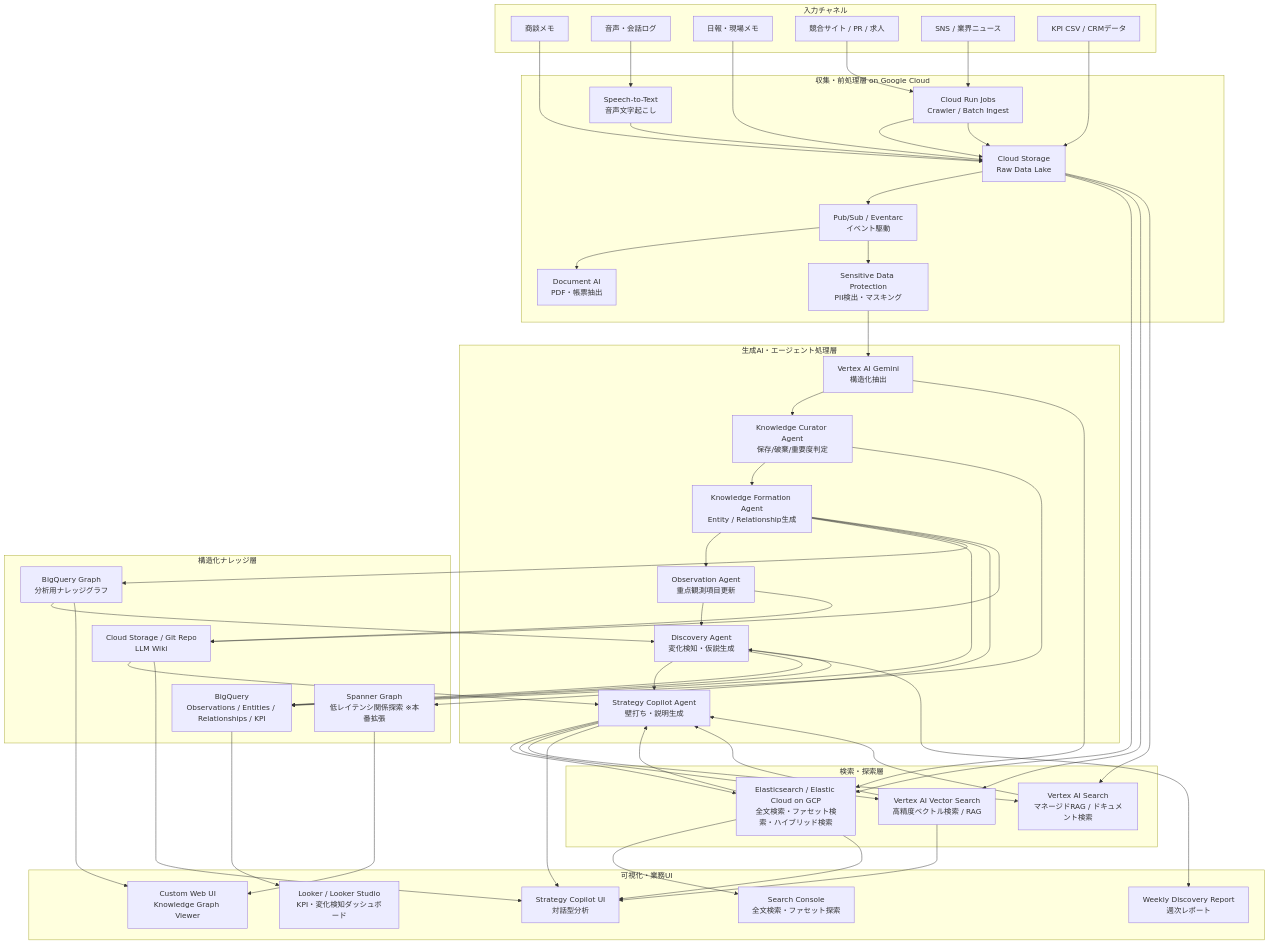
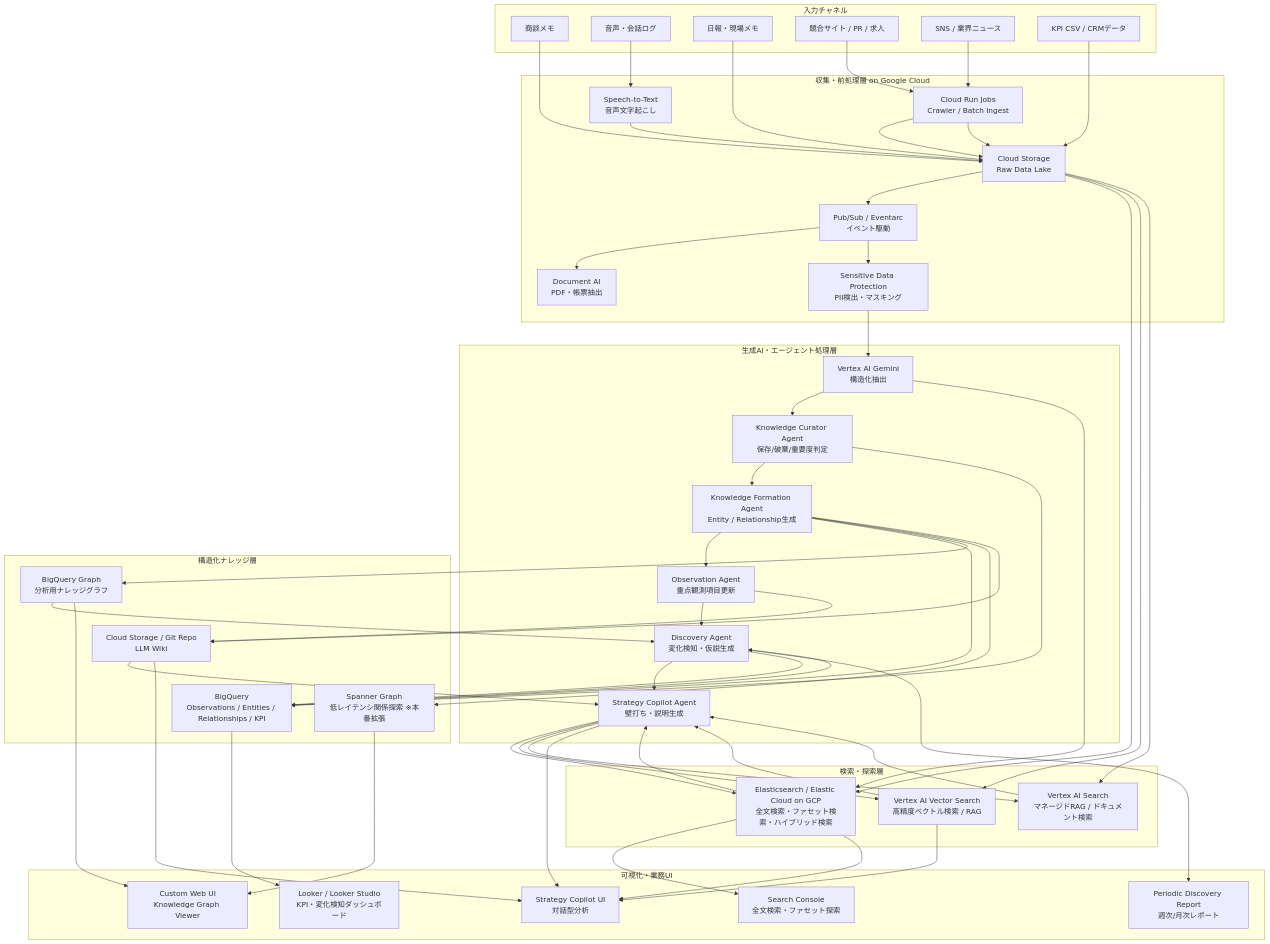
One commit to aba4b3a/ai-agent-hackson_consult-copilot changed the first of 6 diagrams in docs/continuous_discovery_agent_elasticsearch_architecture.md. Above: the diagram before and after it, drawn with Mermaid.

Commit message:
追加修正

```diff
--- a/docs/continuous_discovery_agent_elasticsearch_architecture.md
+++ b/docs/continuous_discovery_agent_elasticsearch_architecture.md
@@ -124,7 +124,7 @@
     F1["Looker / Looker Studio<br/>KPI・変化検知ダッシュボード"]
     F2["Custom Web UI<br/>Knowledge Graph Viewer"]
     F3["Search Console<br/>全文検索・ファセット探索"]
-    F4["Weekly Discovery Report<br/>週次レポート"]
+    F4["Periodic Discovery Report<br/>週次/月次レポート"]
     F5["Strategy Copilot UI<br/>対話型分析"]
 end
 
```
